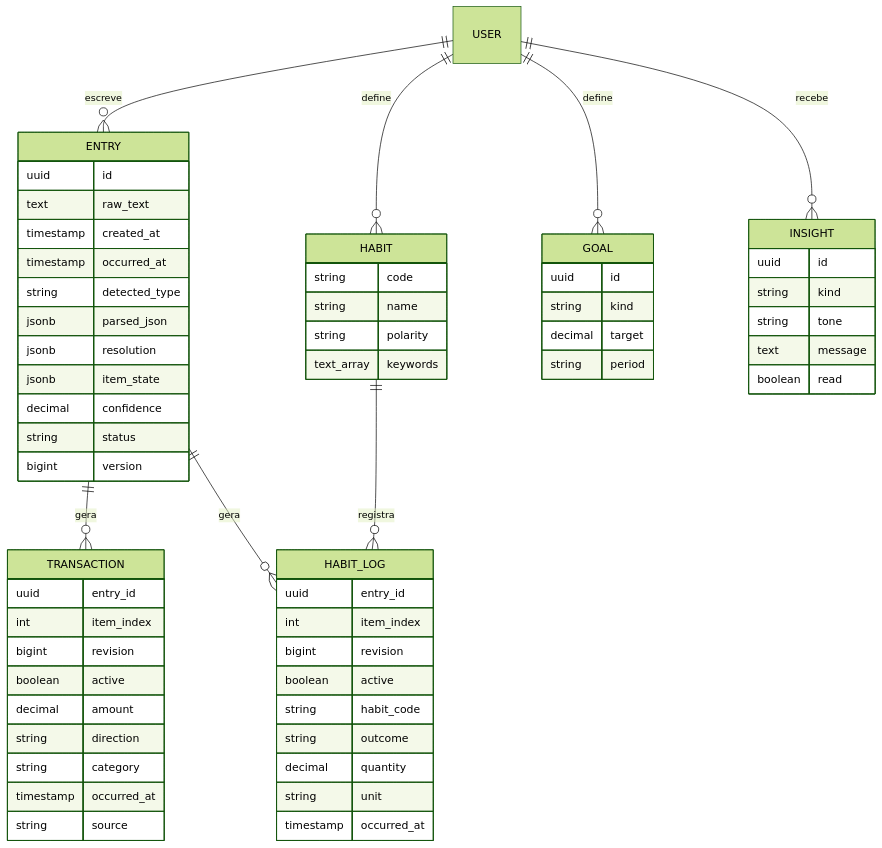
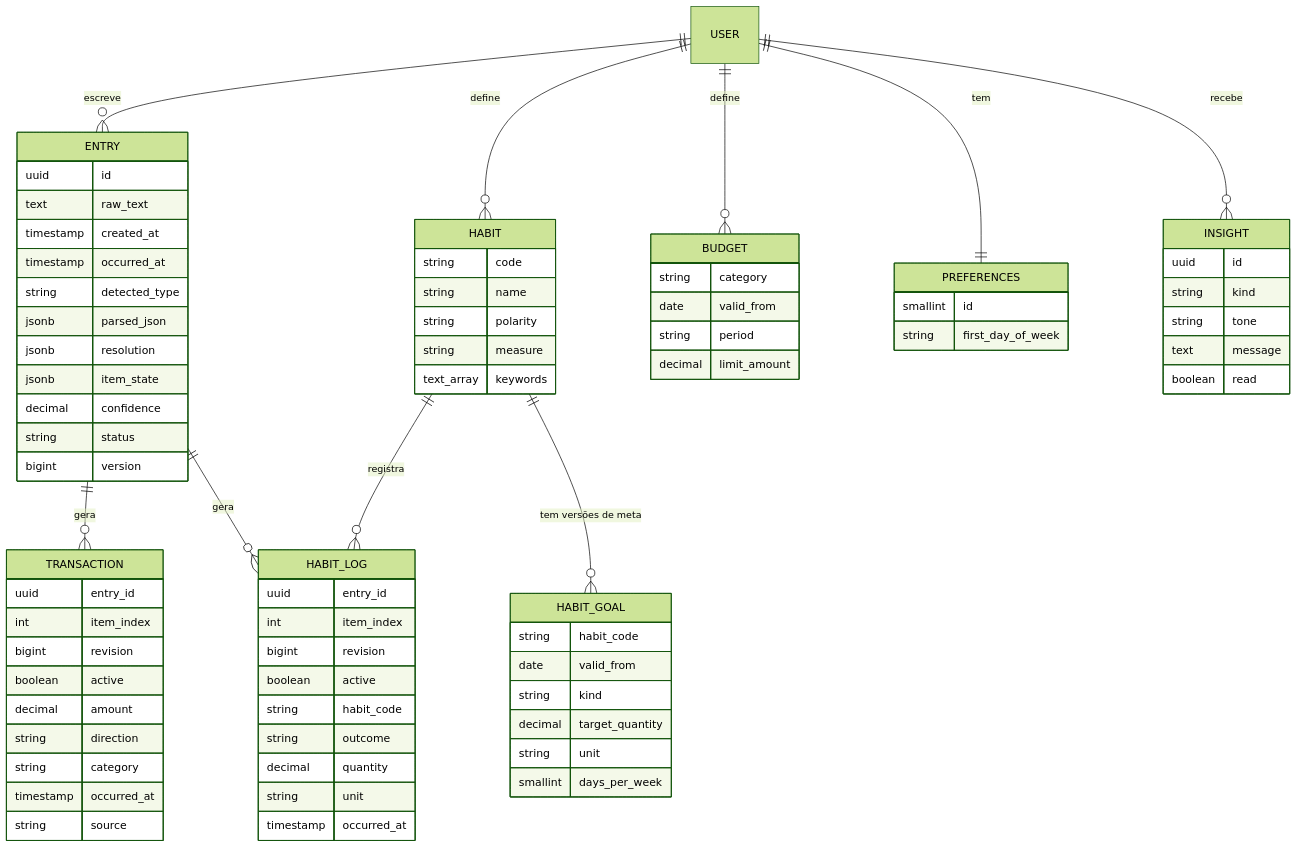
Before and after one commit to GabrieliModollo/mydly: the fifth of 6 diagrams in docs/arquitetura.md, drawn with Mermaid (forest theme). The commit also changed other lines of this file and 7 other files, not shown here.

````diff
--- a/docs/arquitetura.md
+++ b/docs/arquitetura.md
@@ -111,65 +141,80 @@
 ```mermaid
 erDiagram
     USER ||--o{ ENTRY : escreve
     ENTRY ||--o{ TRANSACTION : gera
     ENTRY ||--o{ HABIT_LOG : gera
     USER ||--o{ HABIT : define
     HABIT ||--o{ HABIT_LOG : registra
-    USER ||--o{ GOAL : define
+    HABIT ||--o{ HABIT_GOAL : "tem versões de meta"
+    USER ||--o{ BUDGET : define
+    USER ||--|| PREFERENCES : tem
     USER ||--o{ INSIGHT : recebe
 
     ENTRY {
         uuid id
         text raw_text
         timestamp created_at
         timestamp occurred_at
         string detected_type
         jsonb parsed_json
         jsonb resolution
         jsonb item_state
         decimal confidence
         string status
         bigint version
     }
     TRANSACTION {
         uuid entry_id
         int item_index
         bigint revision
         boolean active
         decimal amount
         string direction
         string category
         timestamp occurred_at
         string source
     }
     HABIT {
         string code
         string name
         string polarity
+        string measure
         text_array keywords
     }
     HABIT_LOG {
         uuid entry_id
         int item_index
         bigint revision
         boolean active
         string habit_code
         string outcome
         decimal quantity
         string unit
         timestamp occurred_at
     }
-    GOAL {
-        uuid id
+    HABIT_GOAL {
+        string habit_code
+        date valid_from
         string kind
-        decimal target
+        decimal target_quantity
+        string unit
+        smallint days_per_week
+    }
+    BUDGET {
+        string category
+        date valid_from
         string period
+        decimal limit_amount
+    }
+    PREFERENCES {
+        smallint id
+        string first_day_of_week
     }
     INSIGHT {
         uuid id
         string kind
         string tone
         text message
         boolean read
     }
 ```
````
